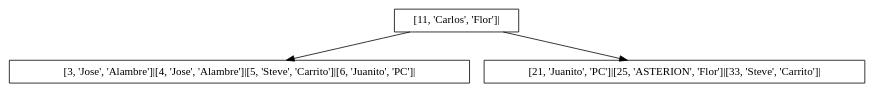
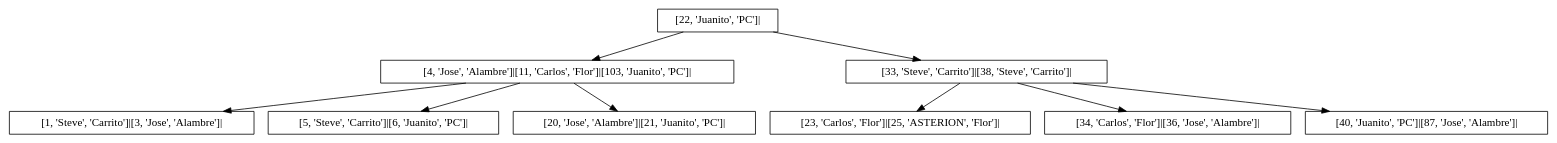
Before and after one commit to briansm/Test: the diagram in code/Arbol.dot, drawn with Graphviz. The commit also changed 3 other files, not shown here.

```diff
--- a/code/Arbol.dot
+++ b/code/Arbol.dot
@@ -1,5 +1,7 @@
 digraph g{
 node [shape = rect, width=1, height=0.4];
 rankdir=UP;
-"[11, 'Carlos', 'Flor']|"->{"[3, 'Jose', 'Alambre']|[4, 'Jose', 'Alambre']|[5, 'Steve', 'Carrito']|[6, 'Juanito', 'PC']|" "[21, 'Juanito', 'PC']|[25, 'ASTERION', 'Flor']|[33, 'Steve', 'Carrito']|"};
+"[22, 'Juanito', 'PC']|"->{"[4, 'Jose', 'Alambre']|[11, 'Carlos', 'Flor']|[103, 'Juanito', 'PC']|" "[33, 'Steve', 'Carrito']|[38, 'Steve', 'Carrito']|"};
+"[4, 'Jose', 'Alambre']|[11, 'Carlos', 'Flor']|[103, 'Juanito', 'PC']|"->{"[1, 'Steve', 'Carrito']|[3, 'Jose', 'Alambre']|" "[5, 'Steve', 'Carrito']|[6, 'Juanito', 'PC']|" "[20, 'Jose', 'Alambre']|[21, 'Juanito', 'PC']|"};
+"[33, 'Steve', 'Carrito']|[38, 'Steve', 'Carrito']|"->{"[23, 'Carlos', 'Flor']|[25, 'ASTERION', 'Flor']|" "[34, 'Carlos', 'Flor']|[36, 'Jose', 'Alambre']|" "[40, 'Juanito', 'PC']|[87, 'Jose', 'Alambre']|"};
 }
```
